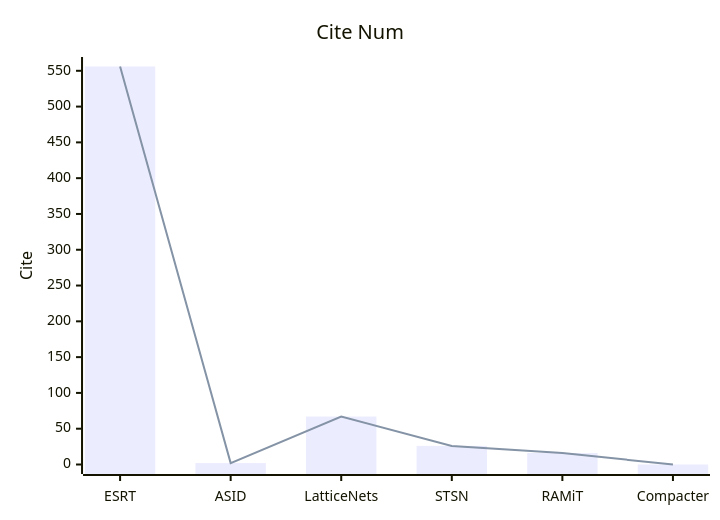
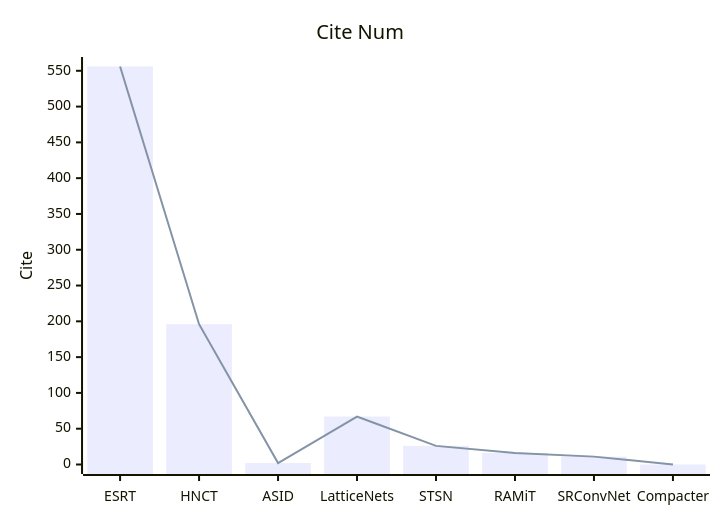
Before and after one commit to Elephant-King9/Paper: the fourth of 4 diagrams in CV/Lightweight/analyse.md, drawn with Mermaid. The commit also changed other lines of this file and 10 other files, not shown here.

Commit message:
update_SRConvNet: A Transformer-Style ConvNet for Lightweight Image Super-Resolution

````diff
--- a/CV/Lightweight/analyse.md
+++ b/CV/Lightweight/analyse.md
@@ -106,8 +115,8 @@
 ```mermaid
     xychart-beta
     title "Cite Num"
-    x-axis [ESRT,ASID,LatticeNets,STSN,RAMiT,Compacter]
+    x-axis [ESRT,HNCT,ASID,LatticeNets,STSN,RAMiT,SRConvNet,Compacter]
     y-axis "Cite" 
-    bar [556,2,67,26,16,0]
-    line [556,2,67,26,16,0]
+    bar [556,196,2,67,26,16,11,0]
+    line [556,196,2,67,26,16,11,0]
 ```
````
